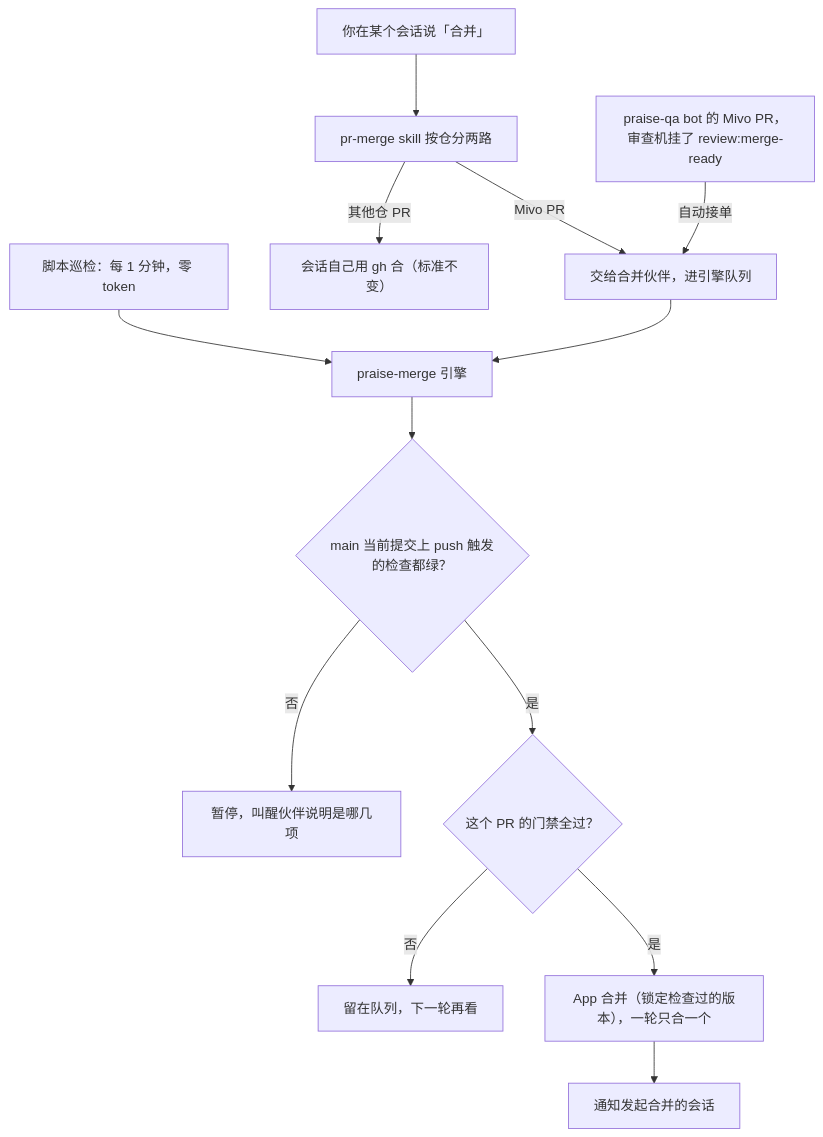
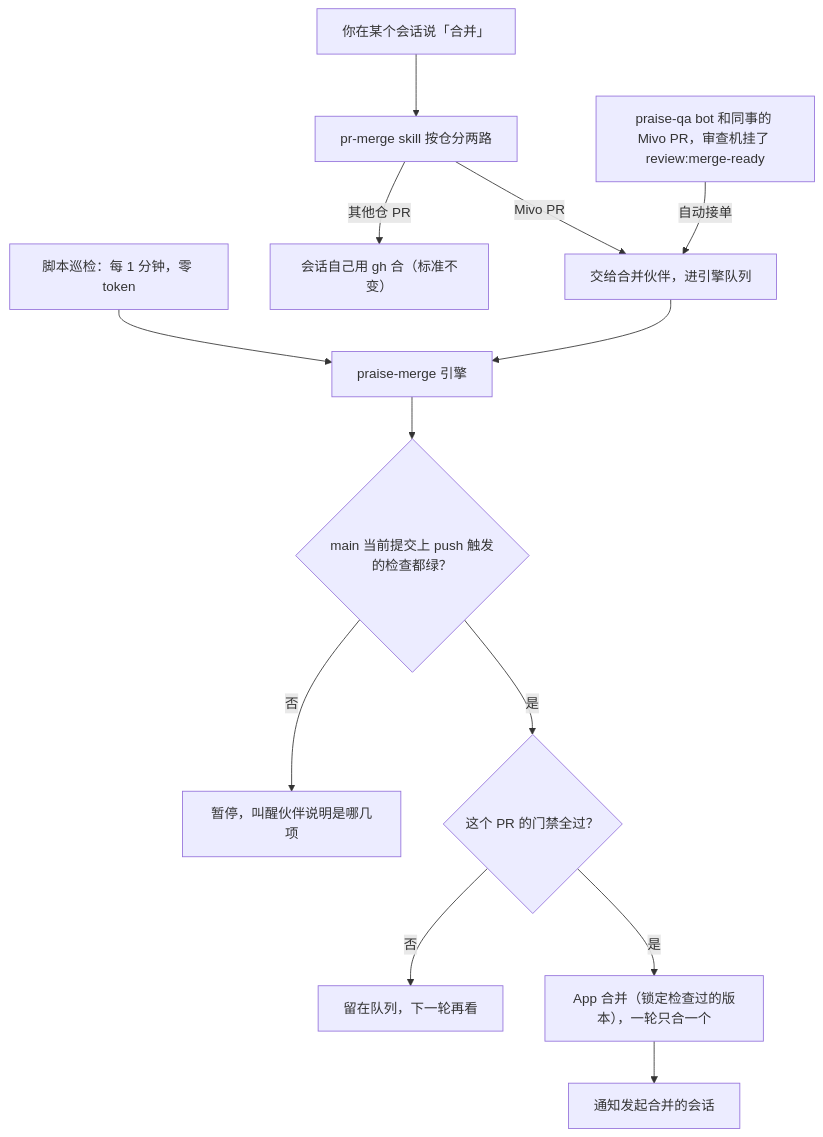
One commit to PraiseZhu/praise-merge changed the diagram in docs/how-it-works.md. Above: the diagram before and after it, drawn with Mermaid. The commit also changed other lines of this file and 11 other files, not shown here.

````diff
--- a/docs/how-it-works.md
+++ b/docs/how-it-works.md
@@ -9,15 +9,15 @@
 ```mermaid
 flowchart TD
   U["你在某个会话说「合并」"] --> S["pr-merge skill 按仓分两路"]
   S -->|Mivo PR| Q["交给合并伙伴，进引擎队列"]
   S -->|其他仓 PR| D["会话自己用 gh 合（标准不变）"]
-  B["praise-qa bot 的 Mivo PR，审查机挂了 review:merge-ready"] -->|自动接单| Q
+  B["praise-qa bot 和同事的 Mivo PR，审查机挂了 review:merge-ready"] -->|自动接单| Q
   T["脚本巡检：每 1 分钟，零 token"] --> E["praise-merge 引擎"]
   Q --> E
   E --> G1{"main 当前提交上 push 触发的检查都绿？"}
   G1 -->|否| P["暂停，叫醒伙伴说明是哪几项"]
   G1 -->|是| G2{"这个 PR 的门禁全过？"}
   G2 -->|否| W["留在队列，下一轮再看"]
   G2 -->|是| M["App 合并（锁定检查过的版本），一轮只合一个"]
   M --> N["通知发起合并的会话"]
 ```
````
